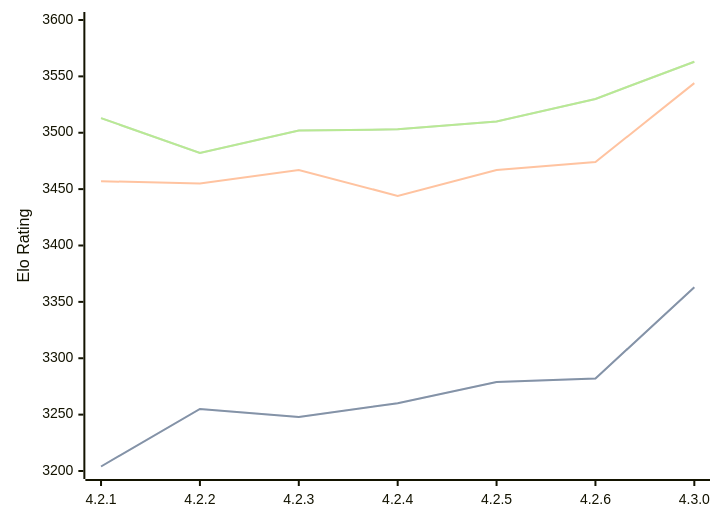
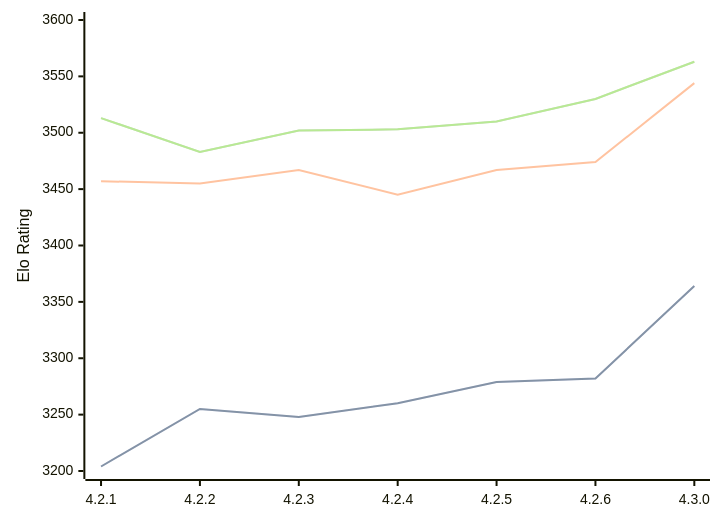
Before and after one commit to computer-chess-index/cci: the diagram in engines/Gaia.md, drawn with Mermaid. The commit also changed other lines of this file, not shown here.

Commit message:
Update CCI Ratings (ELO VLTC) - 2026-09-25

````diff
--- a/engines/Gaia.md
+++ b/engines/Gaia.md
@@ -43,11 +43,11 @@
 ```mermaid
 %%{init: {"theme":"base","themeVariables":{"seriesColors:['#a3a3a3','#222221','#faa371']}}}%%
 xychart-beta
   x-axis ["4.2.1", "4.2.2", "4.2.3", "4.2.4", "4.2.5", "4.2.6", "4.3.0"]
   y-axis "Elo Rating" 3200 --> 3600
-  line "" [3204, 3255, 3248, 3260, 3279, 3282, 3363]
-  line "STC (8.0+0.08s)" [3204, 3255, 3248, 3260, 3279, 3282, 3363]
-  line "LTC (60.0+0.60s)" [3457, 3455, 3467, 3444, 3467, 3474, 3544]
-  line "" [3513, 3482, 3502, 3503, 3510, 3530, 3563]
-  line "VLTC (2m24s+1.12s)" [3513, 3482, 3502, 3503, 3510, 3530, 3563]
+  line "" [3204, 3255, 3248, 3260, 3279, 3282, 3364]
+  line "STC (8.0+0.08s)" [3204, 3255, 3248, 3260, 3279, 3282, 3364]
+  line "LTC (60.0+0.60s)" [3457, 3455, 3467, 3445, 3467, 3474, 3544]
+  line "" [3513, 3483, 3502, 3503, 3510, 3530, 3563]
+  line "VLTC (2m24s+1.12s)" [3513, 3483, 3502, 3503, 3510, 3530, 3563]
 ```
````
